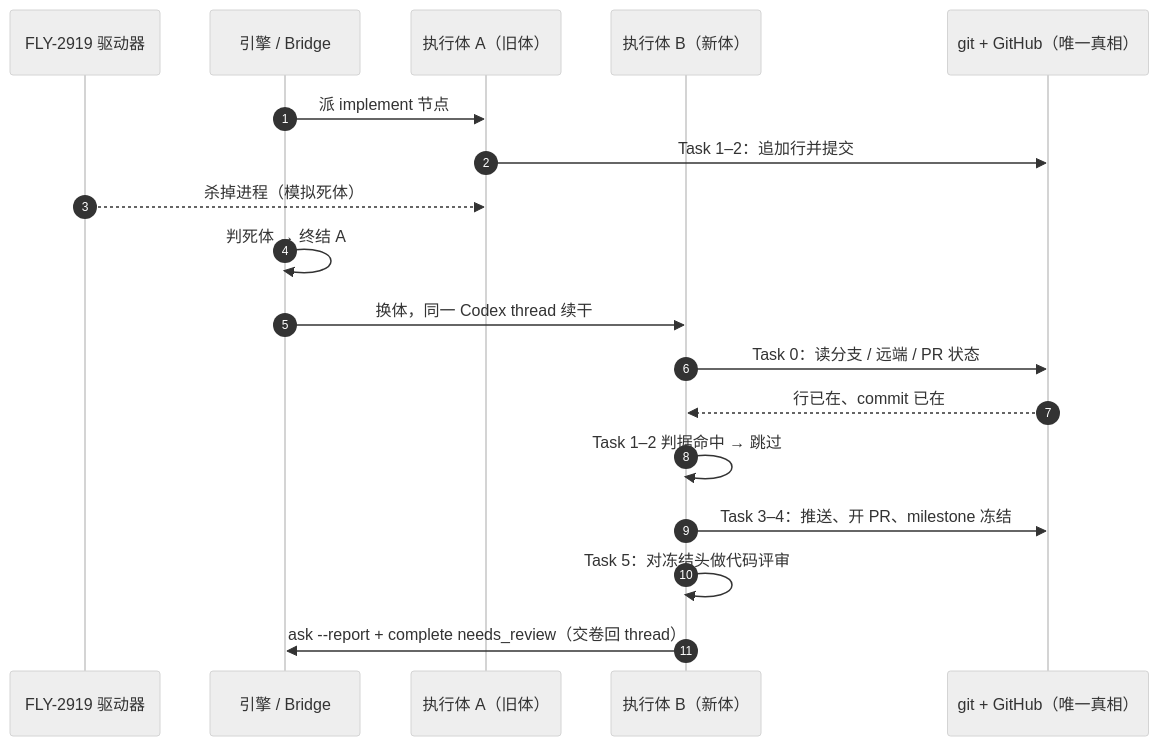
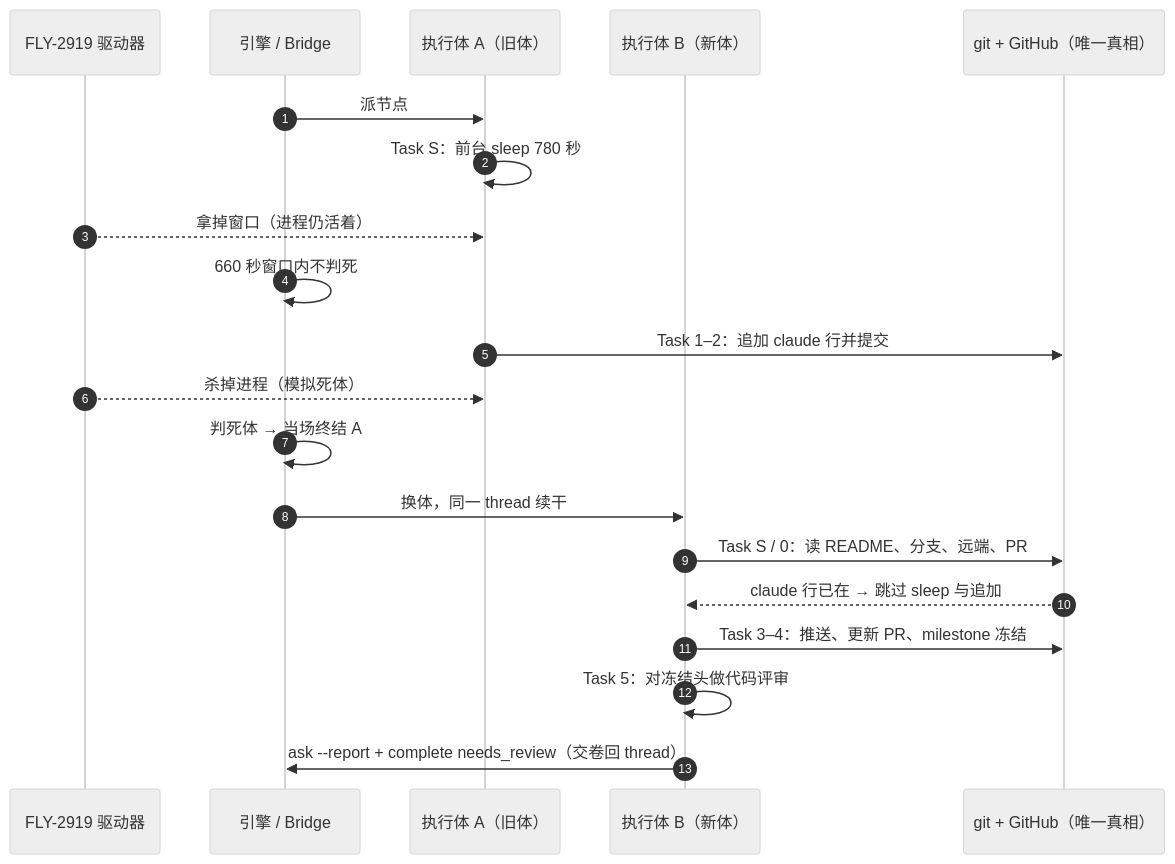
One commit to xrliAnnie/flywheel-qa-sandbox changed the diagram in engineering/doc/FLY-3030-n-to-n-codex-probe/diagrams/d2-replace.mmd. Above: the diagram before and after it, drawn with Mermaid (neutral theme). The commit also changed 7 other files, not shown here.

Commit message:
docs(FLY-3030): founder design HTML for round 2 (claude-body + sleep 780)

```diff
--- a/engineering/doc/FLY-3030-n-to-n-codex-probe/diagrams/d2-replace.mmd
+++ b/engineering/doc/FLY-3030-n-to-n-codex-probe/diagrams/d2-replace.mmd
@@ -1,18 +1,20 @@
 sequenceDiagram
     autonumber
     participant D as FLY-2919 驱动器
     participant E as 引擎 / Bridge
     participant A as 执行体 A（旧体）
     participant B as 执行体 B（新体）
     participant G as git + GitHub（唯一真相）
-    E->>A: 派 implement 节点
-    A->>G: Task 1–2：追加行并提交
+    E->>A: 派节点
+    A->>A: Task S：前台 sleep 780 秒
+    D-->>A: 拿掉窗口（进程仍活着）
+    E->>E: 660 秒窗口内不判死
+    A->>G: Task 1–2：追加 claude 行并提交
     D-->>A: 杀掉进程（模拟死体）
-    E->>E: 判死体 → 终结 A
-    E->>B: 换体，同一 Codex thread 续干
-    B->>G: Task 0：读分支 / 远端 / PR 状态
-    G-->>B: 行已在、commit 已在
-    B->>B: Task 1–2 判据命中 → 跳过
-    B->>G: Task 3–4：推送、开 PR、milestone 冻结
+    E->>E: 判死体 → 当场终结 A
+    E->>B: 换体，同一 thread 续干
+    B->>G: Task S / 0：读 README、分支、远端、PR
+    G-->>B: claude 行已在 → 跳过 sleep 与追加
+    B->>G: Task 3–4：推送、更新 PR、milestone 冻结
     B->>B: Task 5：对冻结头做代码评审
     B->>E: ask --report + complete needs_review（交卷回 thread）
```
